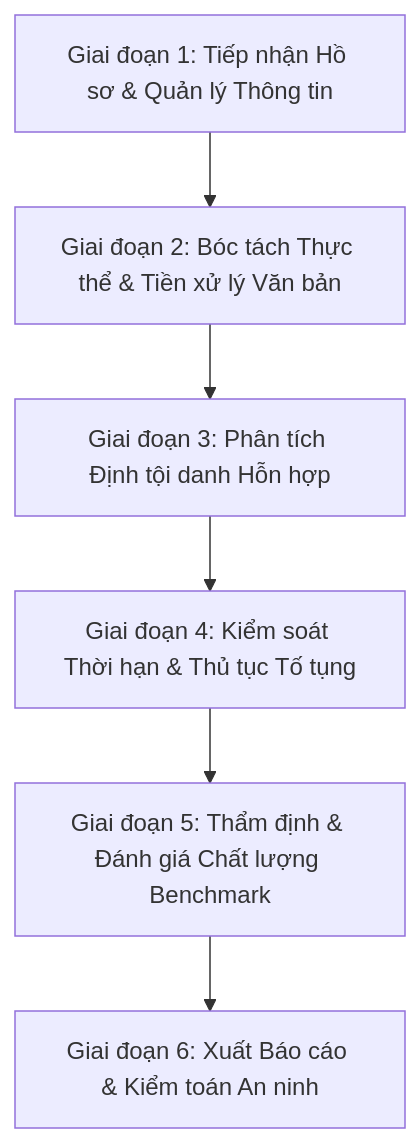
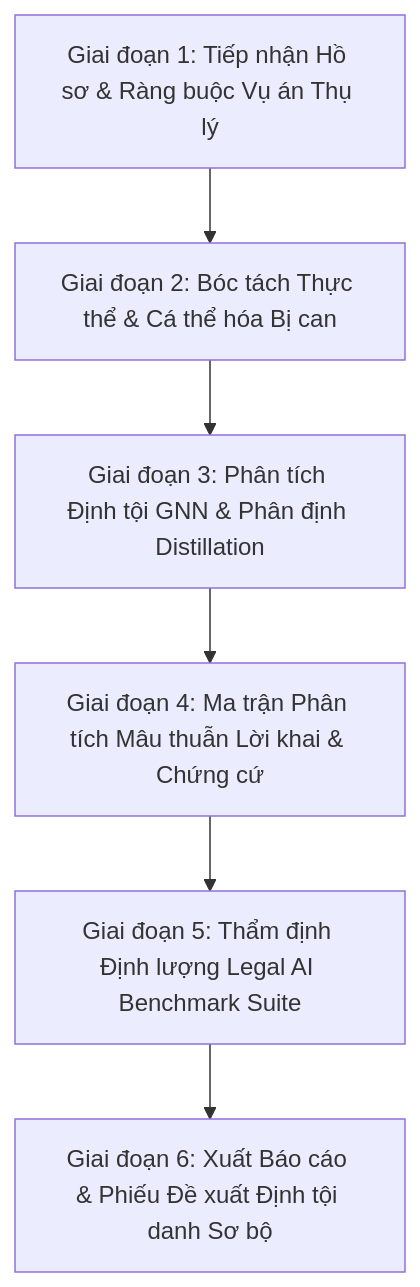
One commit to b1809128/ppu_investigation_assistant changed the diagram in docs/system_investigation_workflow.md. Above: the diagram before and after it, drawn with Mermaid. The commit also changed other lines of this file and 33 other files, not shown here.

````diff
--- a/docs/system_investigation_workflow.md
+++ b/docs/system_investigation_workflow.md
@@ -24,8 +24,8 @@
 ```mermaid
 flowchart TD
-    G1[Giai đoạn 1: Tiếp nhận Hồ sơ & Quản lý Thông tin] --> G2[Giai đoạn 2: Bóc tách Thực thể & Tiền xử lý Văn bản]
-    G2 --> G3[Giai đoạn 3: Phân tích Định tội danh Hỗn hợp]
-    G3 --> G4[Giai đoạn 4: Kiểm soát Thời hạn & Thủ tục Tố tụng]
-    G4 --> G5[Giai đoạn 5: Thẩm định & Đánh giá Chất lượng Benchmark]
-    G5 --> G6[Giai đoạn 6: Xuất Báo cáo & Kiểm toán An ninh]
+    G1[Giai đoạn 1: Tiếp nhận Hồ sơ & Ràng buộc Vụ án Thụ lý] --> G2[Giai đoạn 2: Bóc tách Thực thể & Cá thể hóa Bị can]
+    G2 --> G3[Giai đoạn 3: Phân tích Định tội GNN & Phân định Distillation]
+    G3 --> G4[Giai đoạn 4: Ma trận Phân tích Mâu thuẫn Lời khai & Chứng cứ]
+    G4 --> G5[Giai đoạn 5: Thẩm định Định lượng Legal AI Benchmark Suite]
+    G5 --> G6[Giai đoạn 6: Xuất Báo cáo & Phiếu Đề xuất Định tội danh Sơ bộ]
 ```
````
